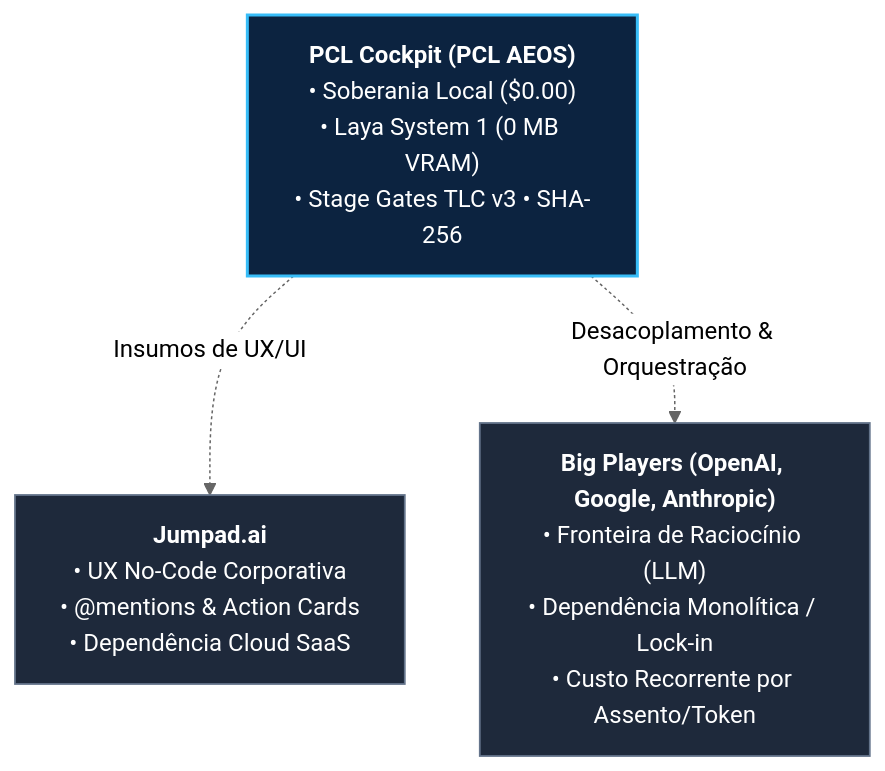
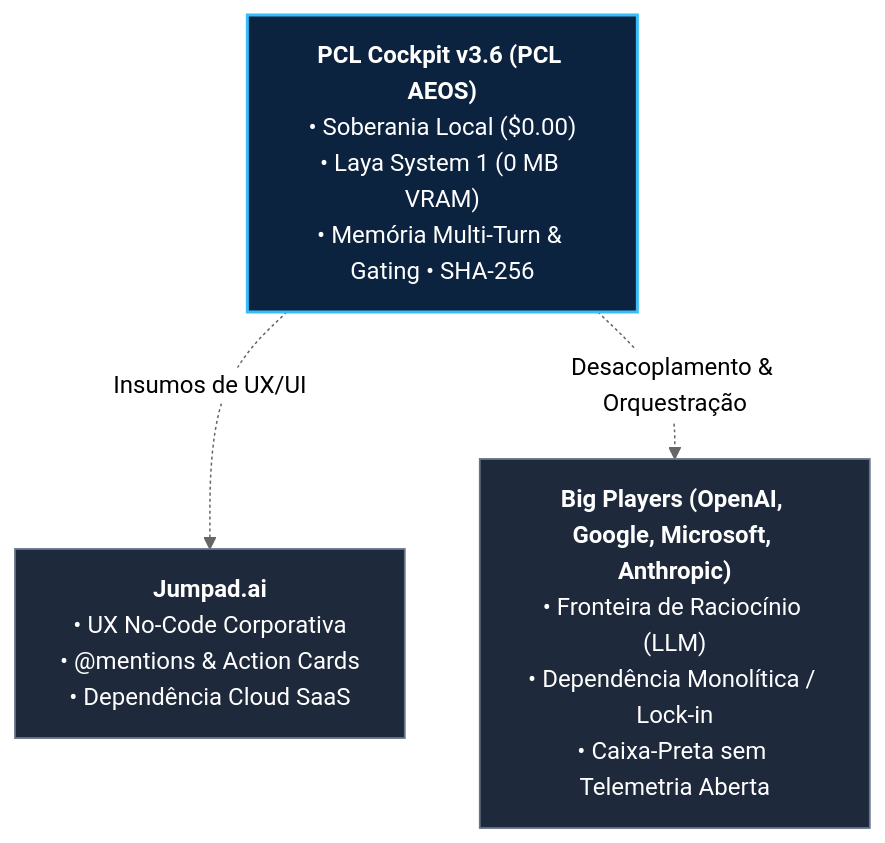
The diagram in knowledge/warm/competitive/PCL_COCKPIT_COMPETITIVE_MATRIX.md (EnterDufter/PromptCoreLabs_AEOS), drawn with Mermaid (neutral theme) before and after one commit. The commit also changed other lines of this file and 9 other files, not shown here.

Commit message:
docs: formalize PCL AEOS v3.6 and PCL Cockpit v3.6 architecture, memory RAG evolution and 4-provider empirical benchmark

````diff
--- a/knowledge/warm/competitive/PCL_COCKPIT_COMPETITIVE_MATRIX.md
+++ b/knowledge/warm/competitive/PCL_COCKPIT_COMPETITIVE_MATRIX.md
@@ -22,14 +22,14 @@
 ```mermaid
 graph TD
     classDef pcl fill:#0c2340,stroke:#38bdf8,stroke-width:2px,color:#ffffff;
     classDef market fill:#1e293b,stroke:#64748b,stroke-width:1.2px,color:#ffffff;
 
-    PCL["<b>PCL Cockpit (PCL AEOS)</b><br/>• Soberania Local ($0.00)<br/>• Laya System 1 (0 MB VRAM)<br/>• Stage Gates TLC v3 • SHA-256"]:::pcl
+    PCL["<b>PCL Cockpit v3.6 (PCL AEOS)</b><br/>• Soberania Local ($0.00)<br/>• Laya System 1 (0 MB VRAM)<br/>• Memória Multi-Turn & Gating • SHA-256"]:::pcl
 
     JUMP["<b>Jumpad.ai</b><br/>• UX No-Code Corporativa<br/>• @mentions & Action Cards<br/>• Dependência Cloud SaaS"]:::market
 
-    BIG["<b>Big Players (OpenAI, Google, Anthropic)</b><br/>• Fronteira de Raciocínio (LLM)<br/>• Dependência Monolítica / Lock-in<br/>• Custo Recorrente por Assento/Token"]:::market
+    BIG["<b>Big Players (OpenAI, Google, Microsoft, Anthropic)</b><br/>• Fronteira de Raciocínio (LLM)<br/>• Dependência Monolítica / Lock-in<br/>• Caixa-Preta sem Telemetria Aberta"]:::market
 
     PCL -.->|"Insumos de UX/UI"| JUMP
     PCL -.->|"Desacoplamento & Orquestração"| BIG
 ```
````
